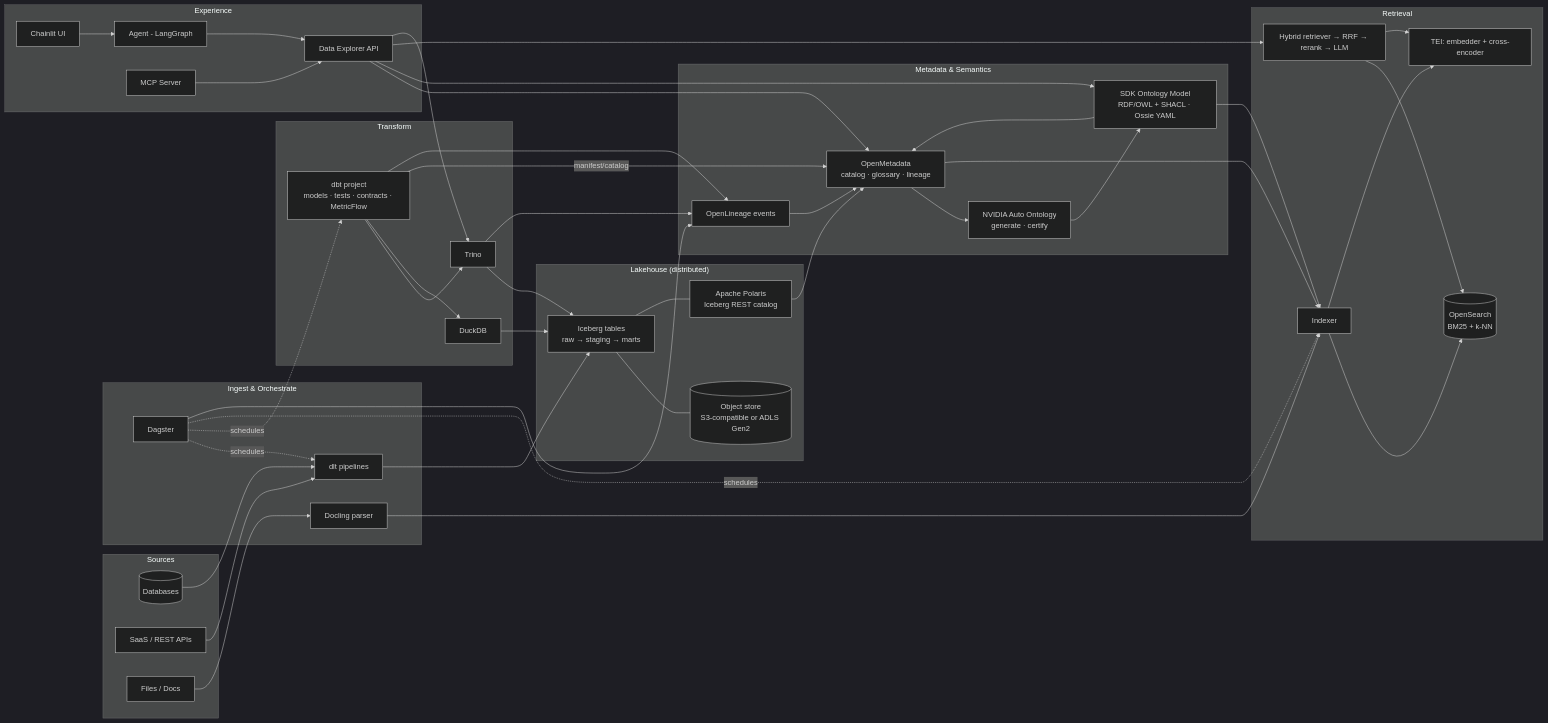
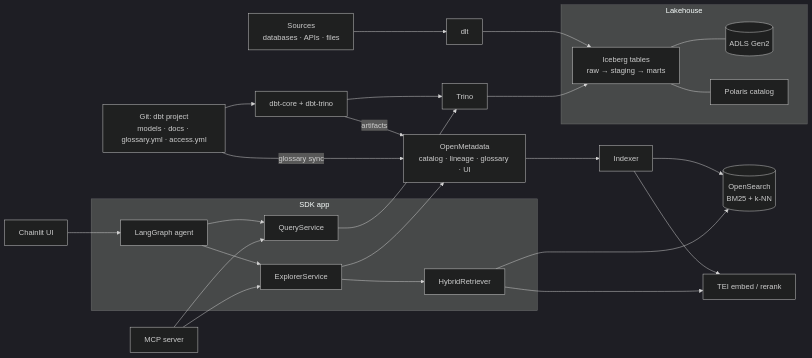
The first of 3 diagrams in docs/architecture/PROPOSAL.md (narisun/ai-datalake-platform), drawn with Mermaid (dark theme) before and after one commit. The commit also changed other lines of this file and 96 other files, not shown here.

First line of the commit message:
feat: metadata-driven platform foundation (control, policy, transform, storage, search)

````diff
--- a/docs/architecture/PROPOSAL.md
+++ b/docs/architecture/PROPOSAL.md
@@ -74,66 +78,36 @@
 ```mermaid
 flowchart LR
-  subgraph Sources
-    S1[(Databases)]:::src
-    S2[SaaS / REST APIs]:::src
-    S3[Files / Docs]:::src
+  SRC[Sources<br/>databases · APIs · files] --> DLT[dlt]
+  DLT --> ICE
+
+  subgraph Lake[Lakehouse]
+    ICE[Iceberg tables<br/>raw → staging → marts]
+    OBJ[(ADLS Gen2)]
+    POL[Polaris catalog]
+    ICE --- OBJ
+    ICE --- POL
   end
 
-  subgraph Ingest["Ingest & Orchestrate"]
-    DLT[dlt pipelines]
-    DAG[Dagster]
-    DOC[Docling parser]
+  DBT[dbt-core + dbt-trino] --> TRI[Trino] --> ICE
+  GIT[Git: dbt project<br/>models · docs · glossary.yml · access.yml] --> DBT
+
+  DBT -- artifacts --> OM[OpenMetadata<br/>catalog · lineage · glossary · UI]
+  GIT -- glossary sync --> OM
+
+  OM --> IDX[Indexer] --> OS[(OpenSearch<br/>BM25 + k-NN)]
+  IDX --> TEI[TEI embed / rerank]
+
+  subgraph App[SDK app]
+    EXP[ExplorerService]
+    RET[HybridRetriever]
+    QRY[QueryService]
+    AG[LangGraph agent]
   end
 
-  subgraph Lake["Lakehouse (distributed)"]
-    OBJ[(Object store<br/>S3-compatible or ADLS Gen2)]
-    ICE[Iceberg tables<br/>raw → staging → marts]
-    POL[Apache Polaris<br/>Iceberg REST catalog]
-  end
-
-  subgraph Transform
-    DBT[dbt project<br/>models · tests · contracts · MetricFlow]
-    TRI[Trino]
-    DUCK[DuckDB]
-  end
-
-  subgraph Meta["Metadata & Semantics"]
-    OM[OpenMetadata<br/>catalog · glossary · lineage]
-    OL[OpenLineage events]
-    AO[NVIDIA Auto Ontology<br/>generate · certify]
-    ONT[SDK Ontology Model<br/>RDF/OWL + SHACL · Ossie YAML]
-  end
-
-  subgraph Retrieval
-    IDX[Indexer]
-    OS[(OpenSearch<br/>BM25 + k-NN)]
-    TEI[TEI: embedder + cross-encoder]
-    RAG[Hybrid retriever → RRF → rerank → LLM]
-  end
-
-  subgraph Experience
-    EXP[Data Explorer API]
-    AG[Agent - LangGraph]
-    CL[Chainlit UI]
-    MCP[MCP Server]
-  end
-
-  S1 & S2 --> DLT --> ICE
-  S3 --> DOC --> IDX
-  DAG -. schedules .-> DLT & DBT & IDX
-  ICE --- OBJ
-  ICE --- POL
-  DBT --> TRI & DUCK --> ICE
-  DBT -- manifest/catalog --> OM
-  DAG & DBT & TRI --> OL --> OM
-  POL --> OM
-  OM --> AO --> ONT
-  ONT --> OM
-  OM & ONT --> IDX --> OS
-  IDX --> TEI
-  RAG --> OS & TEI
-  EXP --> OM & ONT & RAG & TRI
-  AG --> EXP
-  CL --> AG
-  MCP --> EXP
+  RET --> OS & TEI
+  EXP --> OM & RET
+  QRY --> TRI
+  AG --> EXP & QRY
+  CL[Chainlit UI] --> AG
+  MCP[MCP server] --> EXP & QRY
 ```
````
